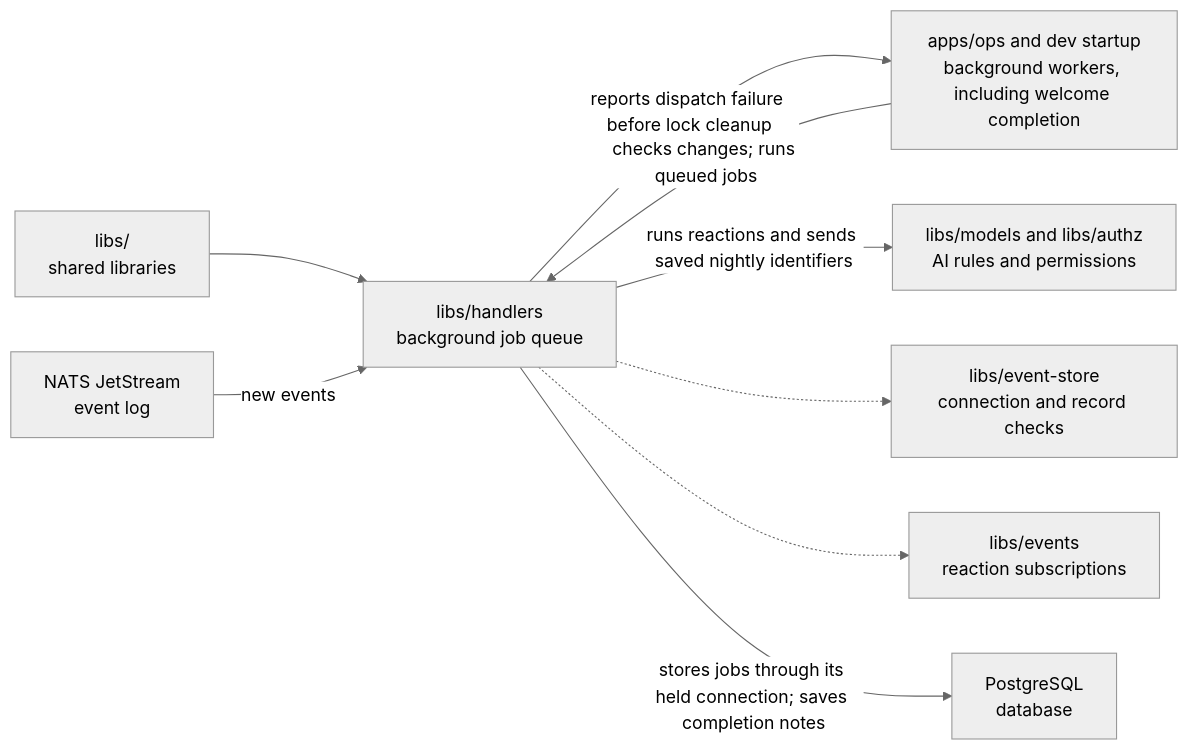
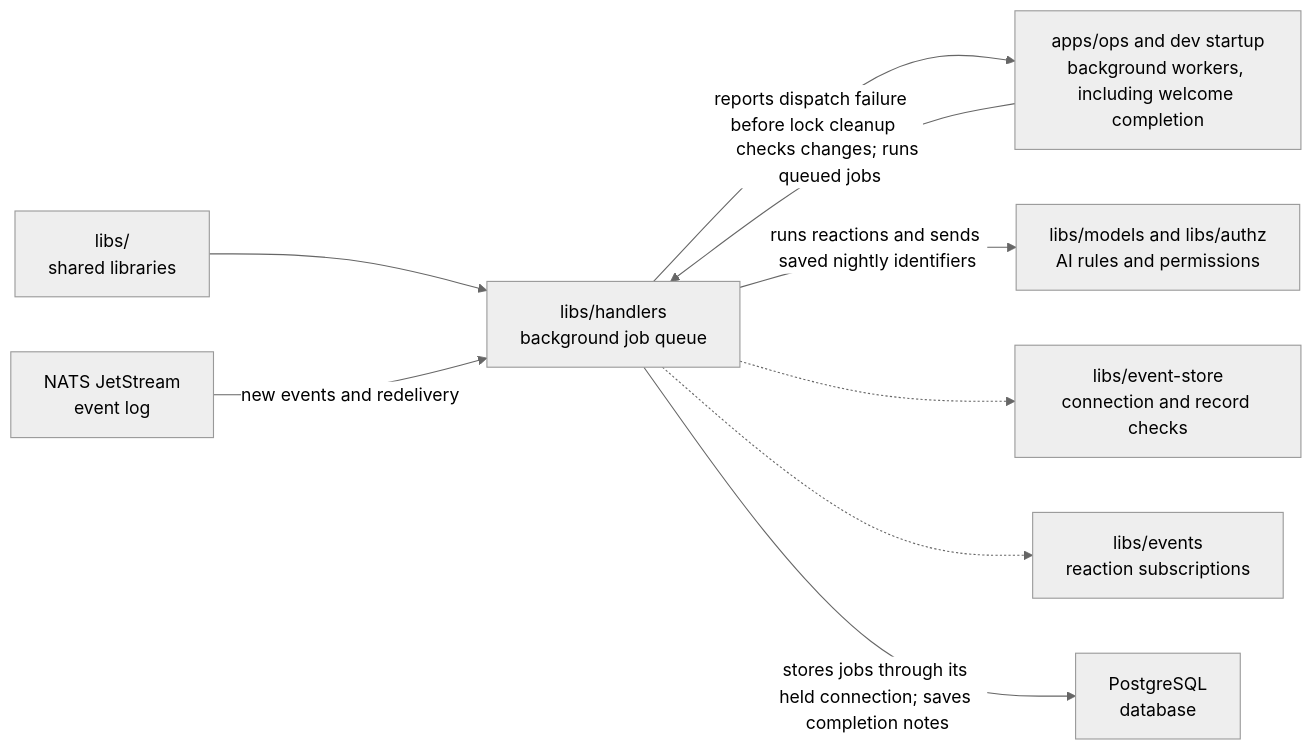
The diagram in libs/handlers/README.md (elewa-git/opencrane-new), drawn with Mermaid (neutral theme) before and after one commit. The commit also changed other lines of this file and 24 other files, not shown here.

Commit message:
🐛 Resume event work after brief JetStream failures

````diff
--- a/libs/handlers/README.md
+++ b/libs/handlers/README.md
@@ -21,11 +21,11 @@
 ```mermaid
 flowchart LR
   parent["libs/<br/>shared libraries"] --> handlers["libs/handlers<br/>background job queue"]
   ops["apps/ops and dev startup<br/>background workers, including welcome completion"] -->|checks changes; runs queued jobs| handlers
   handlers -->|reports dispatch failure before lock cleanup| ops
-  nats["NATS JetStream<br/>event log"] -->|new events| handlers
+  nats["NATS JetStream<br/>event log"] -->|new events and redelivery| handlers
   handlers -->|runs reactions and sends saved nightly identifiers| reactions["libs/models and libs/authz<br/>AI rules and permissions"]
   handlers -.-> store["libs/event-store<br/>connection and record checks"]
   handlers -.-> events["libs/events<br/>reaction subscriptions"]
   handlers -->|stores jobs through its held connection; saves completion notes| pg["PostgreSQL<br/>database"]
 ```
````
